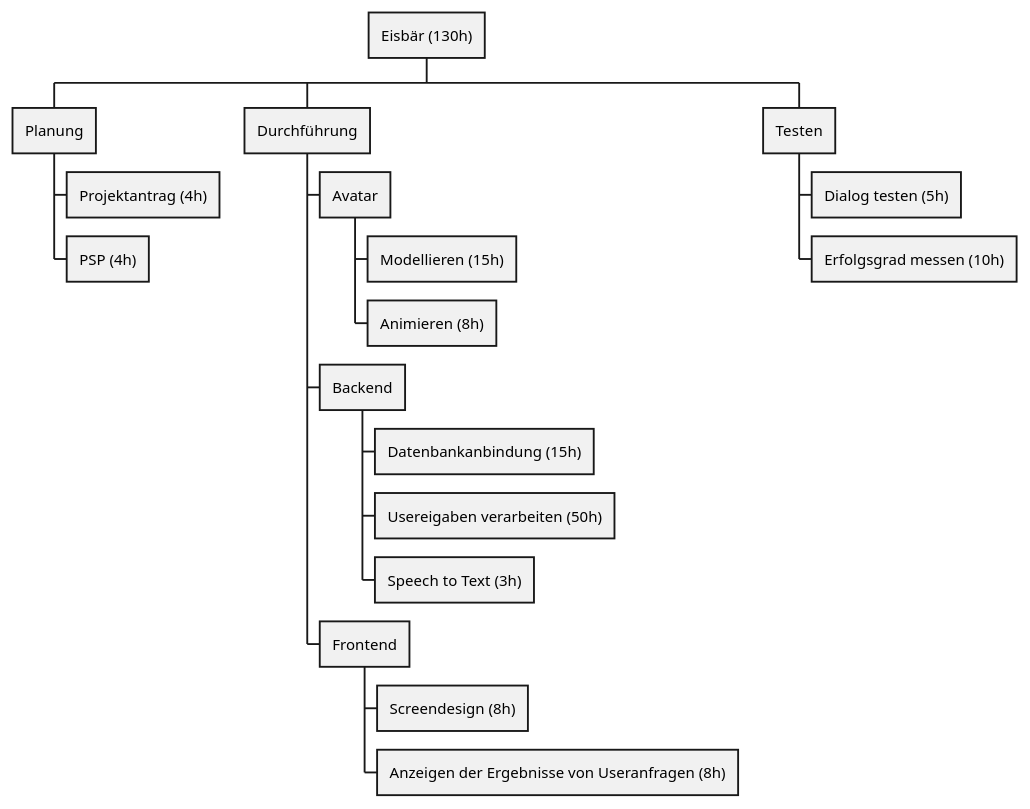
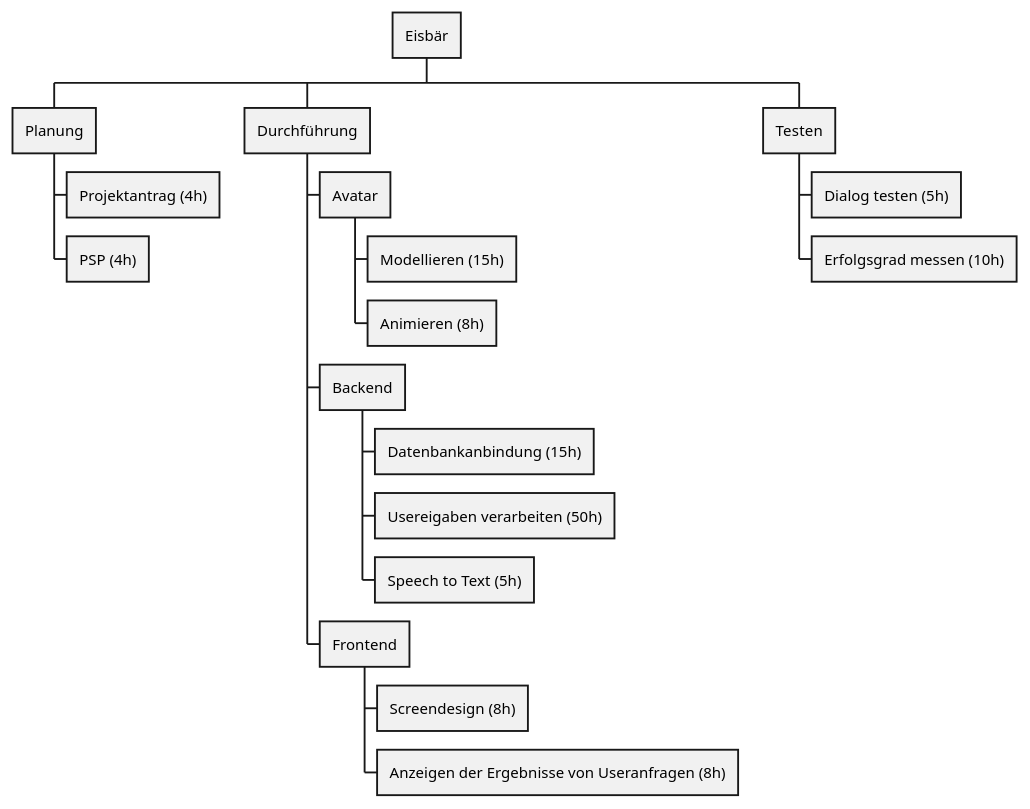
The diagram in documents/psp.puml (2425-4bhitm-itp/eisbaer), drawn with PlantUML before and after one commit.

Commit message:
updatet psp

```diff
--- a/documents/psp.puml
+++ b/documents/psp.puml
@@ -1,20 +1,20 @@
 @startwbs
-* Eisbär (130h)
+* Eisbär
 ** Planung
 *** Projektantrag (4h)
 *** PSP (4h)
 ** Durchführung
 *** Avatar
 **** Modellieren (15h)
 **** Animieren (8h)
 *** Backend
 **** Datenbankanbindung (15h)
 **** Usereigaben verarbeiten (50h)
-**** Speech to Text (3h)
+**** Speech to Text (5h)
 *** Frontend
 **** Screendesign (8h)
 **** Anzeigen der Ergebnisse von Useranfragen (8h)
 ** Testen
 *** Dialog testen (5h)
 *** Erfolgsgrad messen (10h)
 @endwbs
```
